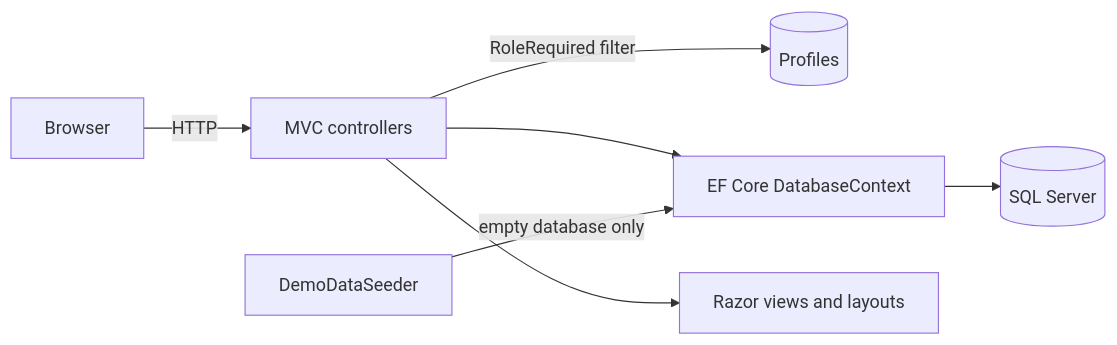
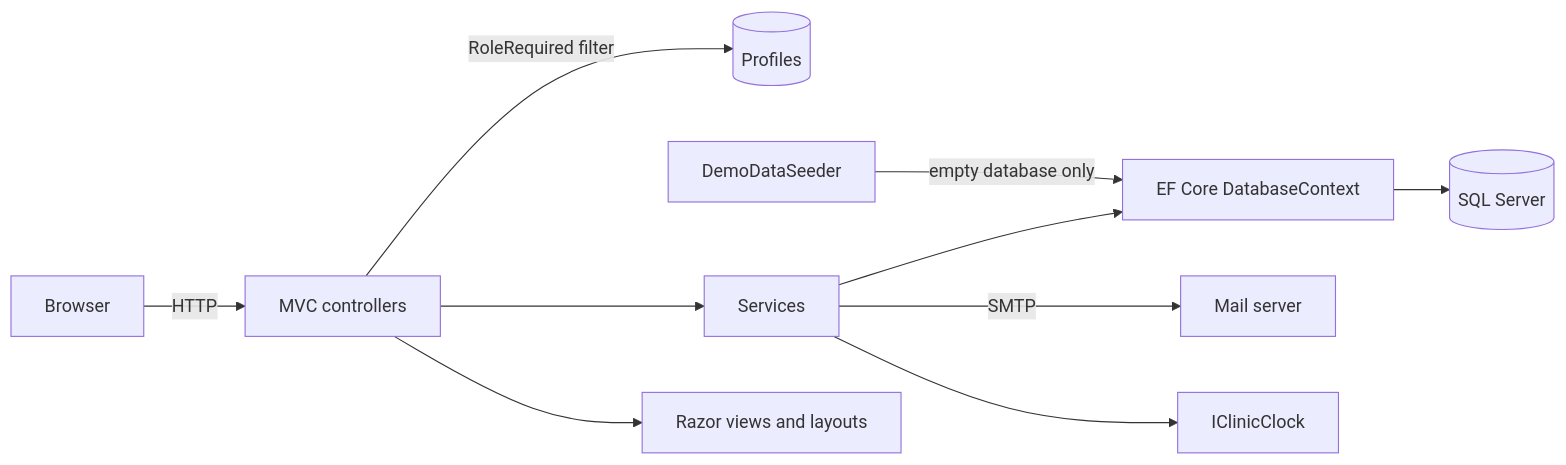
The first of 2 diagrams in README.md (DogNellaf/aurora-dent), drawn with Mermaid before and after one commit. The commit also changed other lines of this file and 17 other files, not shown here.

````diff
--- a/README.md
+++ b/README.md
@@ -127,9 +154,12 @@
 ```mermaid
 flowchart LR
     U[Browser] -->|HTTP| C[MVC controllers]
     C -->|RoleRequired filter| P[(Profiles)]
-    C --> D[EF Core DatabaseContext]
+    C --> S[Services]
+    S --> D[EF Core DatabaseContext]
     D --> DB[(SQL Server)]
-    S[DemoDataSeeder] -->|empty database only| D
+    S -->|SMTP| M[Mail server]
+    S --> K[IClinicClock]
+    G[DemoDataSeeder] -->|empty database only| D
     C --> V[Razor views and layouts]
 ```
````
